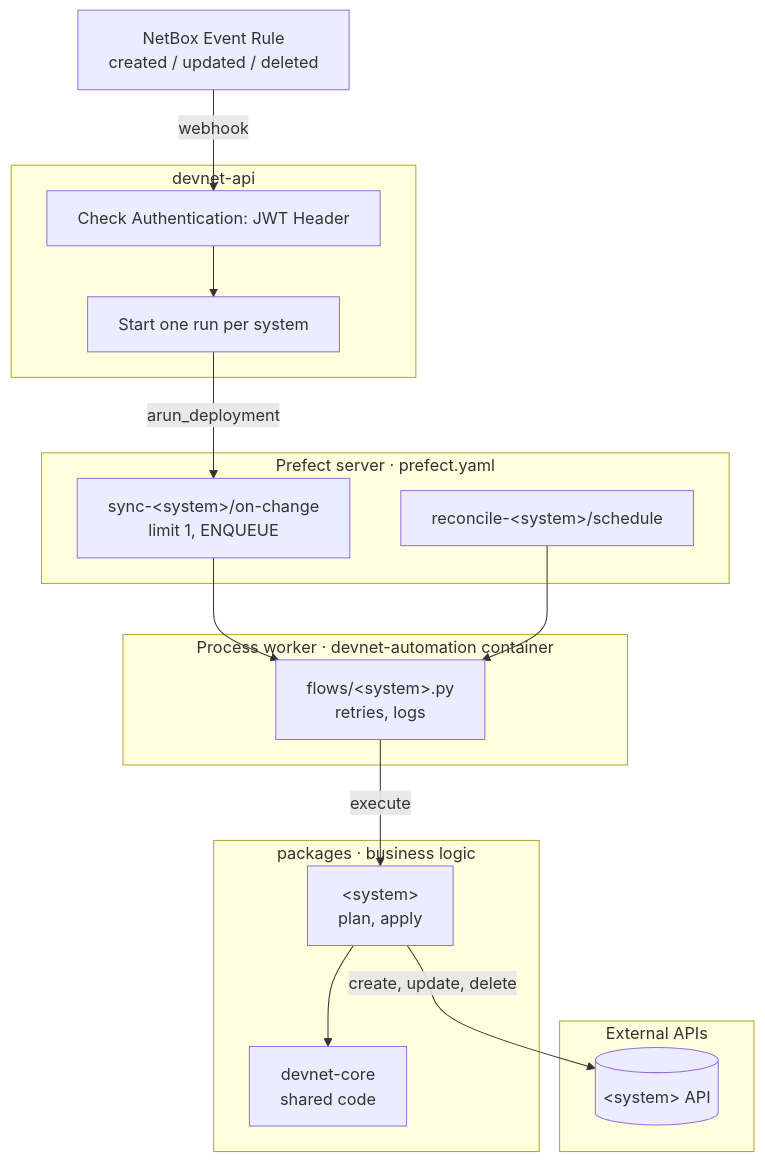
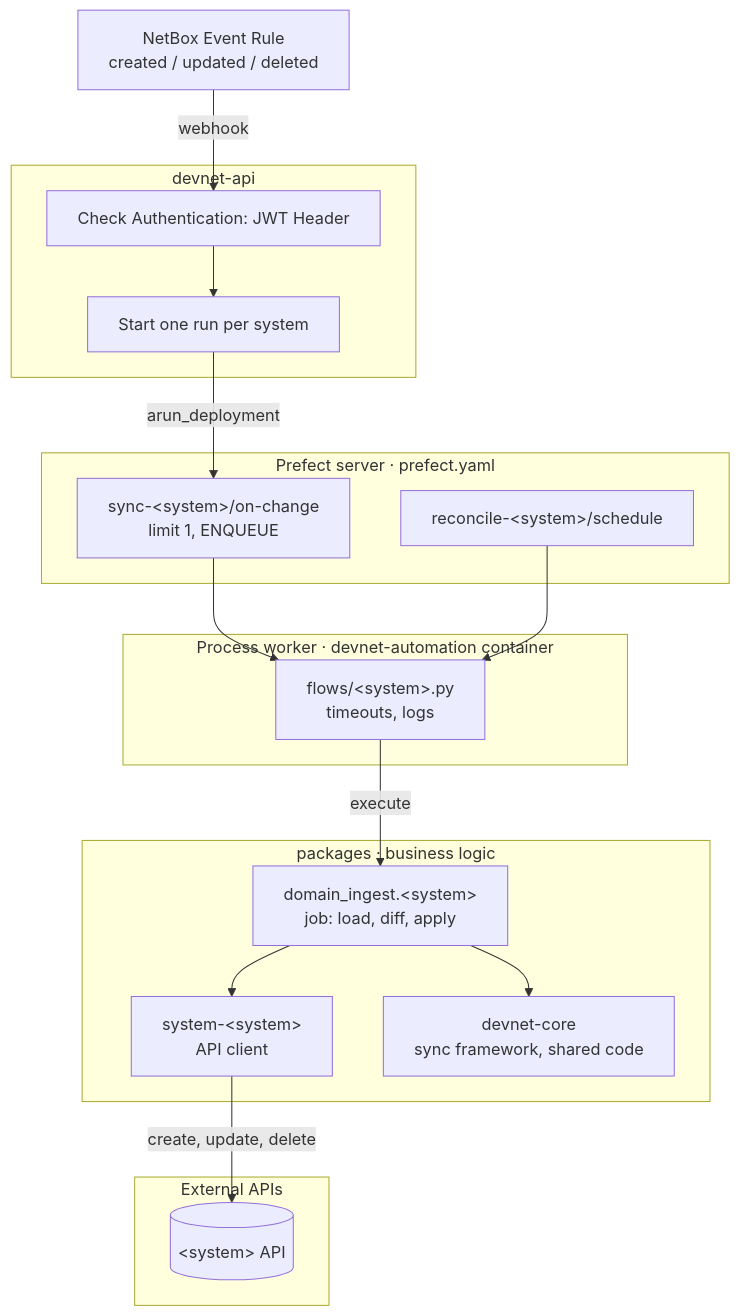
Before and after one commit to G0rsthir/devnet: the diagram in docs/ARCHITECTURE.md, drawn with Mermaid. The commit also changed other lines of this file and 21 other files, not shown here.

````diff
--- a/docs/ARCHITECTURE.md
+++ b/docs/ARCHITECTURE.md
@@ -5,41 +5,43 @@
 ```mermaid
 ---
 config:
   flowchart:
     wrappingWidth: 320
 ---
 flowchart TB
     rule["NetBox Event Rule<br/>created / updated / deleted"]
 
     subgraph api["devnet-api"]
         verify["Check Authentication: JWT Header"]
         dispatch["Start one run per system"]
     end
 
     subgraph prefect["Prefect server · prefect.yaml"]
         deploy_change["sync-#lt;system#gt;/on-change<br/>limit 1, ENQUEUE"]
         deploy_nightly["reconcile-#lt;system#gt;/schedule"]
     end
 
     subgraph worker["Process worker · devnet-automation container"]
-        system_flow["flows/#lt;system#gt;.py<br/>retries, logs"]
+        system_flow["flows/#lt;system#gt;.py<br/>timeouts, logs"]
     end
 
     subgraph packages["packages · business logic"]
-        system_pkg["#lt;system#gt;<br/>plan, apply"]
-        core["devnet-core<br/>shared code"]
-        system_pkg --> core
+        feature["domain_ingest.#lt;system#gt;<br/>job: load, diff, apply"]
+        client["system-#lt;system#gt;<br/>API client"]
+        core["devnet-core<br/>sync framework, shared code"]
+        feature --> client
+        feature --> core
     end
 
     subgraph external["External APIs"]
         system_api[("#lt;system#gt; API")]
     end
 
     rule -->|webhook| verify
     verify --> dispatch
     dispatch -->|arun_deployment| deploy_change
     deploy_change --> system_flow
     deploy_nightly --> system_flow
-    system_flow -->|execute| system_pkg
-    system_pkg -->|create, update, delete| system_api
+    system_flow -->|execute| feature
+    client -->|create, update, delete| system_api
 ```
````
